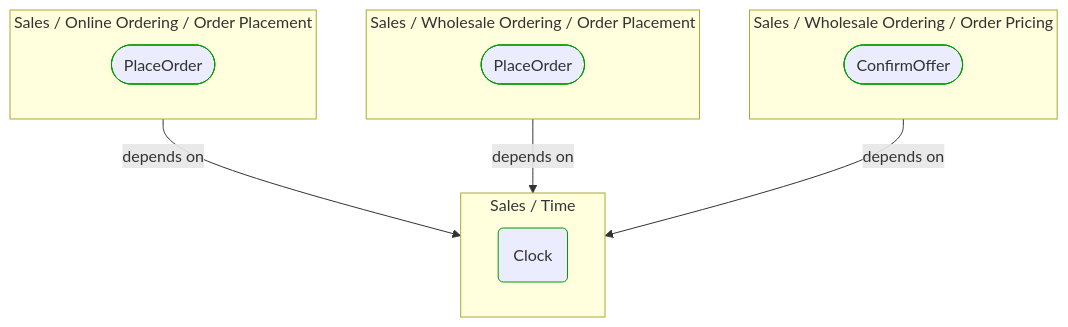
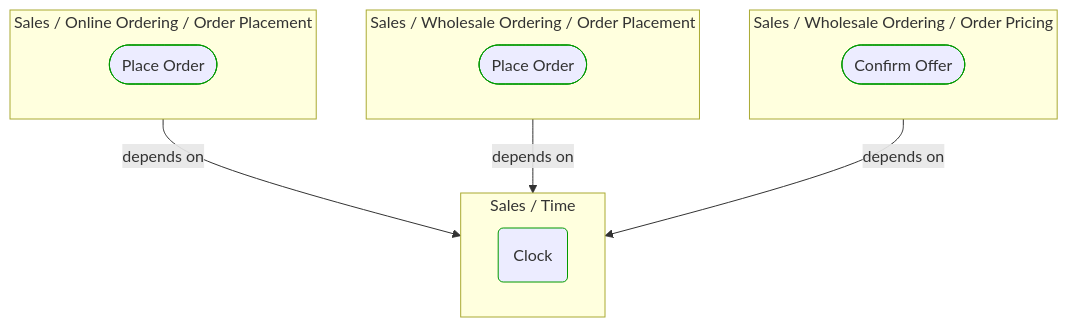
One commit to itlibrium/DDD-starter-dotnet changed the first of 2 diagrams in Docs/P3/MermaidOutput/Domain/Concepts/Sales/Time/Clock.md. Above: the diagram before and after it, drawn with Mermaid. The commit also changed other lines of this file and 51 other files, not shown here.

````diff
--- a/Docs/P3/MermaidOutput/Domain/Concepts/Sales/Time/Clock.md
+++ b/Docs/P3/MermaidOutput/Domain/Concepts/Sales/Time/Clock.md
@@ -20,25 +20,25 @@
 ```mermaid
   flowchart TB
     subgraph 0["Sales / Online Ordering / Order Placement"]
-      1([PlaceOrder])
+      1([Place Order])
       class 1 DomainPerspective
     end
     subgraph 2["Sales / Wholesale Ordering / Order Placement"]
-      3([PlaceOrder])
+      3([Place Order])
       class 3 DomainPerspective
     end
     subgraph 4["Sales / Wholesale Ordering / Order Pricing"]
-      5([ConfirmOffer])
+      5([Confirm Offer])
       class 5 DomainPerspective
     end
     subgraph 6["Sales / Time"]
       7(Clock)
       class 7 DomainPerspective
     end
     0-->|depends on|6
     2-->|depends on|6
     4-->|depends on|6
     classDef DomainPerspective stroke:#009900
     classDef TechnologyPerspective stroke:#1F41EB
     classDef PeoplePerspective stroke:#FFF014
 ```
````
